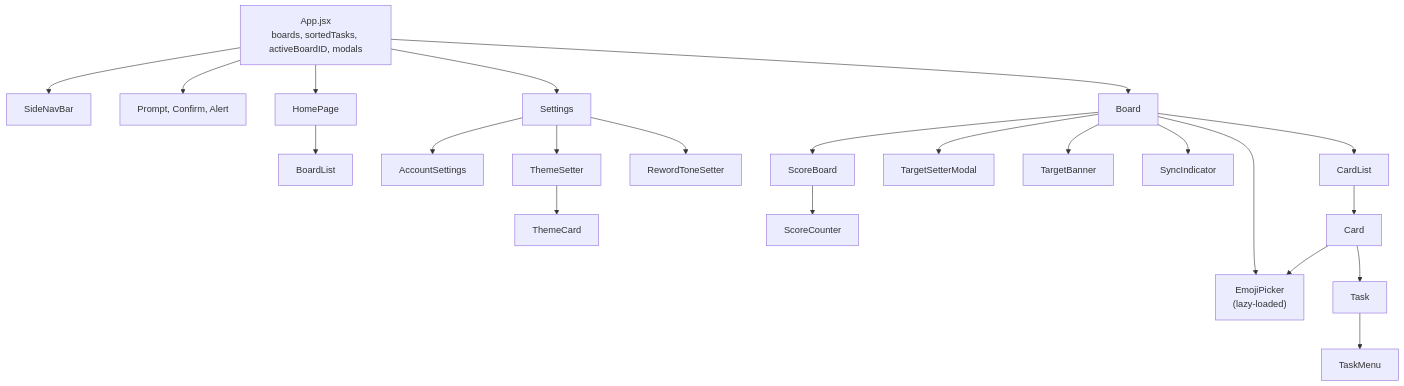
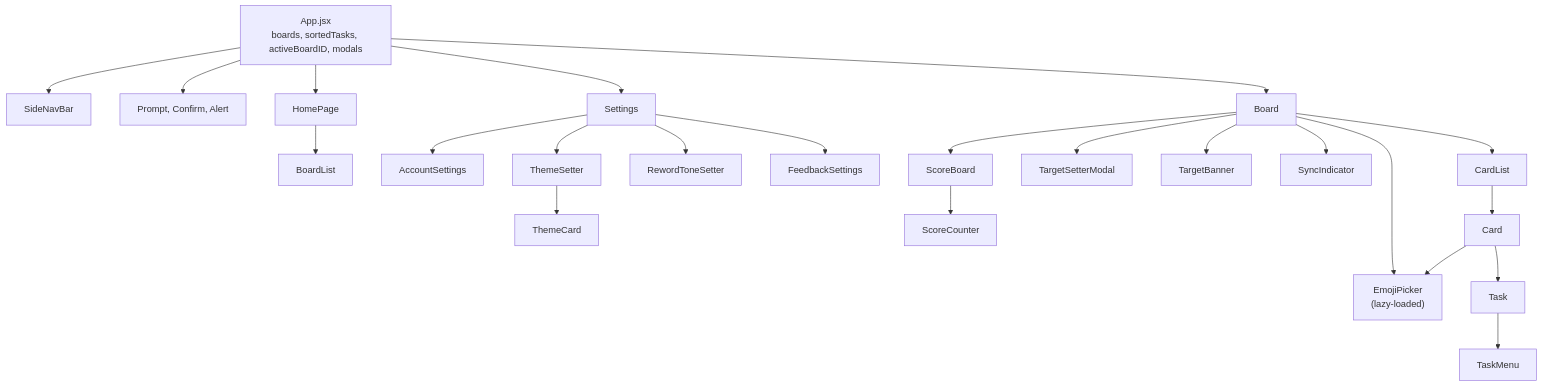
The second of 12 diagrams in ARCHITECTURE.md (TomBenjaminMorris/listpal-frontend), drawn with Mermaid before and after one commit. The commit also changed other lines of this file and 3 other files, not shown here.

First line of the commit message:
Add a Send feedback link to Settings

````diff
--- a/ARCHITECTURE.md
+++ b/ARCHITECTURE.md
@@ -126,23 +126,24 @@
 ```mermaid
 flowchart TB
     App["App.jsx<br/>boards, sortedTasks, activeBoardID, modals"]
     App --> SNB["SideNavBar"]
     App --> Modals["Prompt, Confirm, Alert"]
     App --> Home["HomePage"]
     App --> Settings["Settings"]
     App --> Board["Board"]
     Home --> BL["BoardList"]
     Settings --> AS["AccountSettings"]
     Settings --> TS["ThemeSetter"] --> TC["ThemeCard"]
     Settings --> RTS["RewordToneSetter"]
+    Settings --> FS["FeedbackSettings"]
     Board --> SB["ScoreBoard"] --> SC["ScoreCounter"]
     Board --> TSM["TargetSetterModal"]
     Board --> TB["TargetBanner"]
     Board --> EP["EmojiPicker<br/>(lazy-loaded)"]
     Board --> SI["SyncIndicator"]
     Board --> CardList["CardList"]
     CardList --> Card["Card"]
     Card --> EP
     Card --> Task["Task"]
     Task --> TaskMenu["TaskMenu"]
 ```
````
